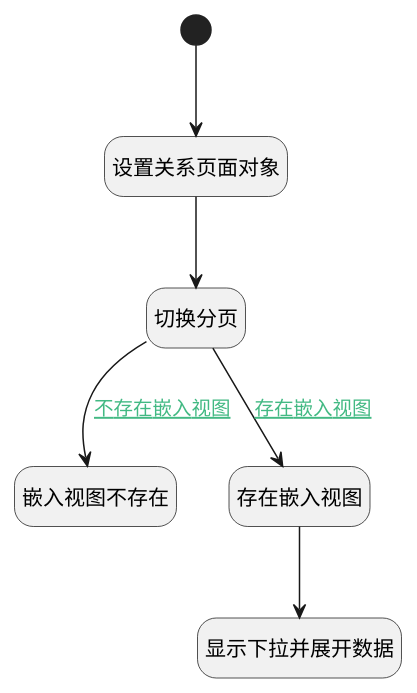
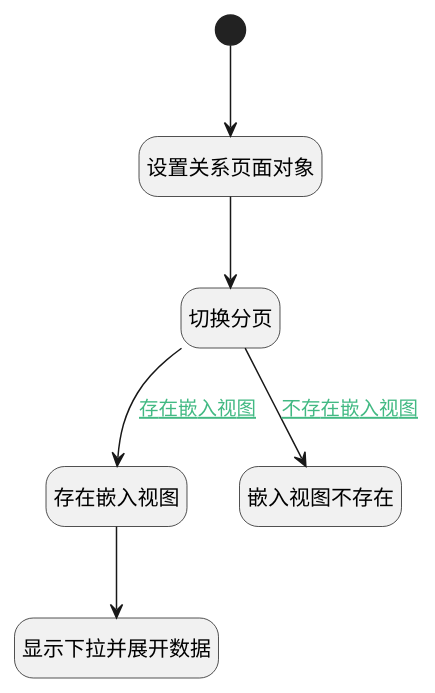
One commit to iBizLab/plm changed the diagram in doc/docsify/module/TestMgmt/test_case/uilogic/toolbar_link_bug.md. Above: the diagram before and after it, drawn with PlantUML. The commit also changed other lines of this file and 1276 other files, not shown here.

````diff
--- a/doc/docsify/module/TestMgmt/test_case/uilogic/toolbar_link_bug.md
+++ b/doc/docsify/module/TestMgmt/test_case/uilogic/toolbar_link_bug.md
@@ -7,27 +7,27 @@
 ```plantuml
 @startuml
 hide footbox
 <style>
 root {
   HyperlinkColor #42b983
 }
 </style>
 
 hide empty description
 state "开始" as Begin <<start>> [[$./toolbar_link_bug#begin {开始}]]
-state "显示下拉并展开数据" as DEUIACTION1  [[$./toolbar_link_bug#deuiaction1 {显示下拉并展开数据}]]
 state "设置关系页面对象" as PREPAREJSPARAM2  [[$./toolbar_link_bug#preparejsparam2 {设置关系页面对象}]]
 state "切换分页" as RAWJSCODE1  [[$./toolbar_link_bug#rawjscode1 {切换分页}]]
+state "存在嵌入视图" as PREPAREJSPARAM1  [[$./toolbar_link_bug#preparejsparam1 {存在嵌入视图}]]
 state "嵌入视图不存在" as RAWJSCODE2  [[$./toolbar_link_bug#rawjscode2 {嵌入视图不存在}]]
-state "存在嵌入视图" as PREPAREJSPARAM1  [[$./toolbar_link_bug#preparejsparam1 {存在嵌入视图}]]
+state "显示下拉并展开数据" as DEUIACTION1  [[$./toolbar_link_bug#deuiaction1 {显示下拉并展开数据}]]
 
 
 Begin --> PREPAREJSPARAM2
 PREPAREJSPARAM2 --> RAWJSCODE1
 RAWJSCODE1 --> PREPAREJSPARAM1 : [[$./toolbar_link_bug#rawjscode1-preparejsparam1{存在嵌入视图} 存在嵌入视图]]
 PREPAREJSPARAM1 --> DEUIACTION1
 RAWJSCODE1 --> RAWJSCODE2 : [[$./toolbar_link_bug#rawjscode1-rawjscode2{不存在嵌入视图} 不存在嵌入视图]]
 
 
 @enduml
 ```
````
